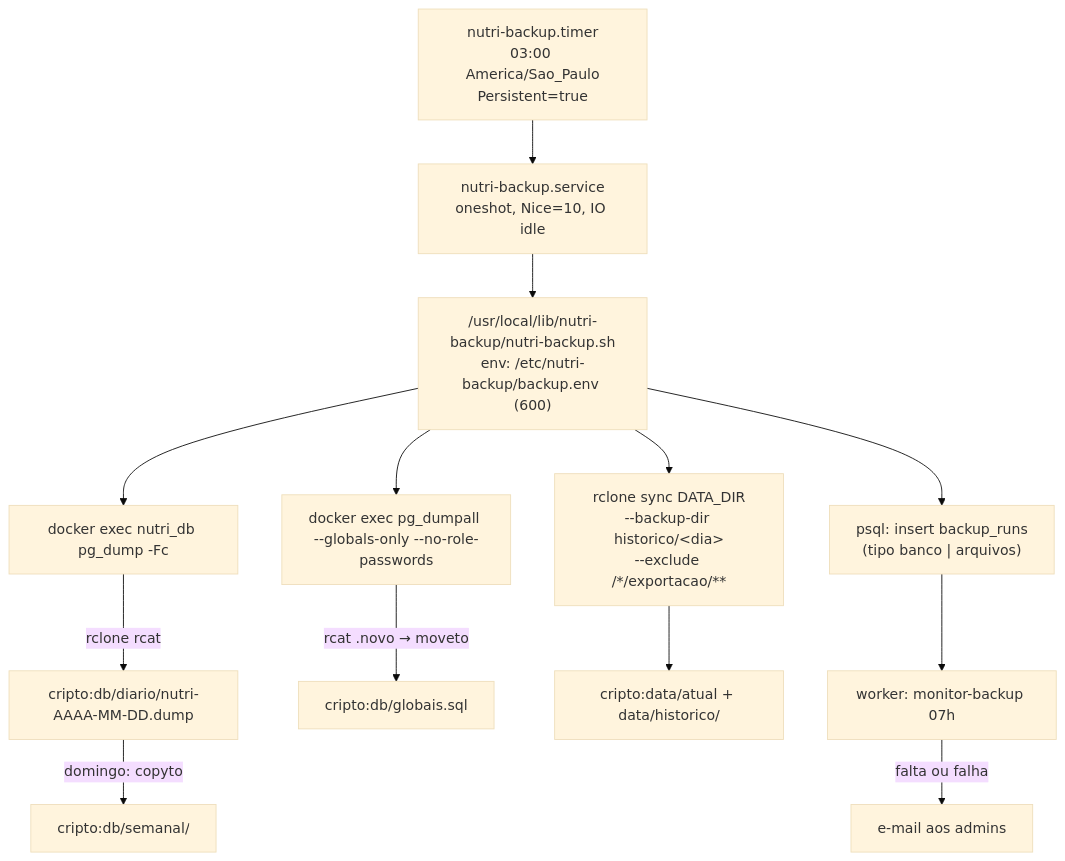
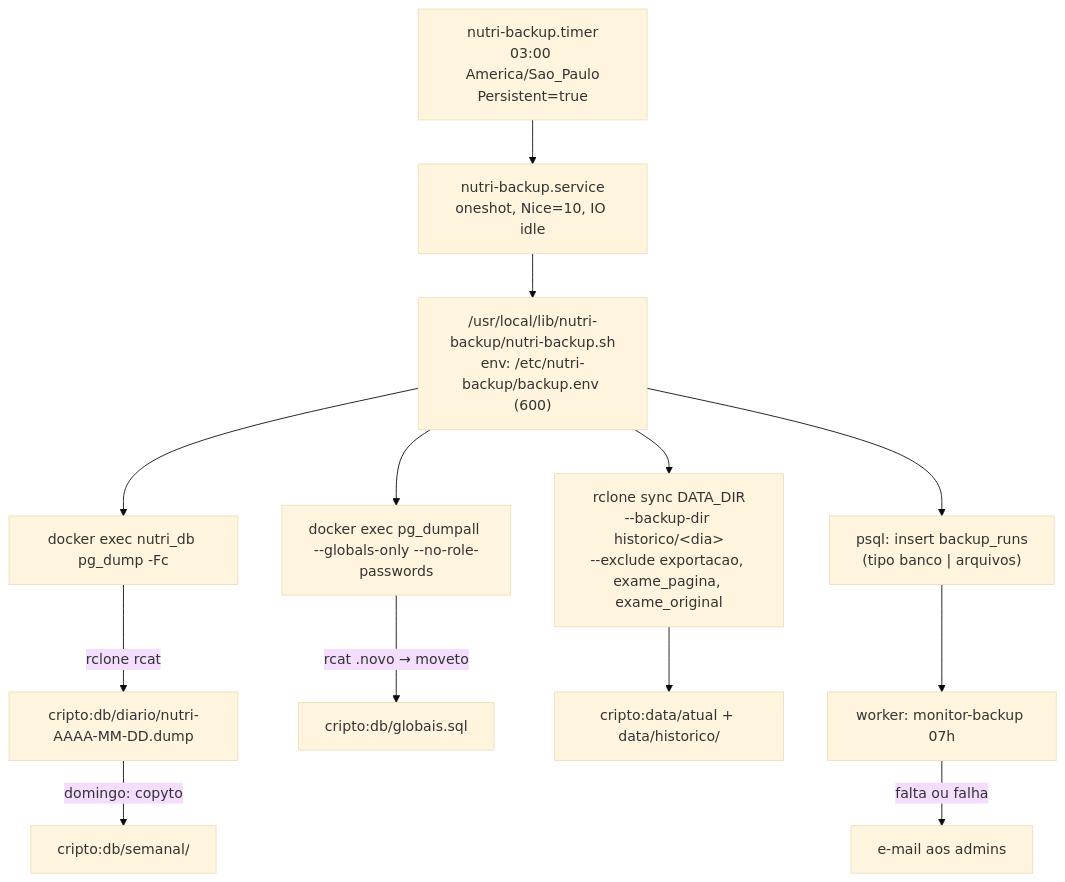
The fourth of 6 diagrams in docs/manual-tecnico/06-worker-seguranca-operacao.md (fabianojp06/nutridebby), drawn with Mermaid (base theme) before and after one commit. The commit also changed other lines of this file and 20 other files, not shown here.

````diff
--- a/docs/manual-tecnico/06-worker-seguranca-operacao.md
+++ b/docs/manual-tecnico/06-worker-seguranca-operacao.md
@@ -558,15 +558,15 @@
 ```mermaid
 flowchart TB
   T["nutri-backup.timer<br/>03:00 America/Sao_Paulo<br/>Persistent=true"] --> S["nutri-backup.service<br/>oneshot, Nice=10, IO idle"]
   S --> SH["/usr/local/lib/nutri-backup/nutri-backup.sh<br/>env: /etc/nutri-backup/backup.env (600)"]
   SH --> B1["docker exec nutri_db pg_dump -Fc"]
   B1 -->|"rclone rcat"| R1["cripto:db/diario/nutri-AAAA-MM-DD.dump"]
   R1 -->|"domingo: copyto"| R2["cripto:db/semanal/"]
   SH --> B2["docker exec pg_dumpall --globals-only --no-role-passwords"]
   B2 -->|"rcat .novo → moveto"| R3["cripto:db/globais.sql"]
-  SH --> B3["rclone sync DATA_DIR<br/>--backup-dir historico/&lt;dia&gt;<br/>--exclude /*/exportacao/**"]
+  SH --> B3["rclone sync DATA_DIR<br/>--backup-dir historico/&lt;dia&gt;<br/>--exclude exportacao, exame_pagina, exame_original"]
   B3 --> R4["cripto:data/atual + data/historico/"]
   SH --> REG["psql: insert backup_runs<br/>(tipo banco | arquivos)"]
   REG --> W["worker: monitor-backup 07h"]
   W -->|"falta ou falha"| E["e-mail aos admins"]
 ```
````
